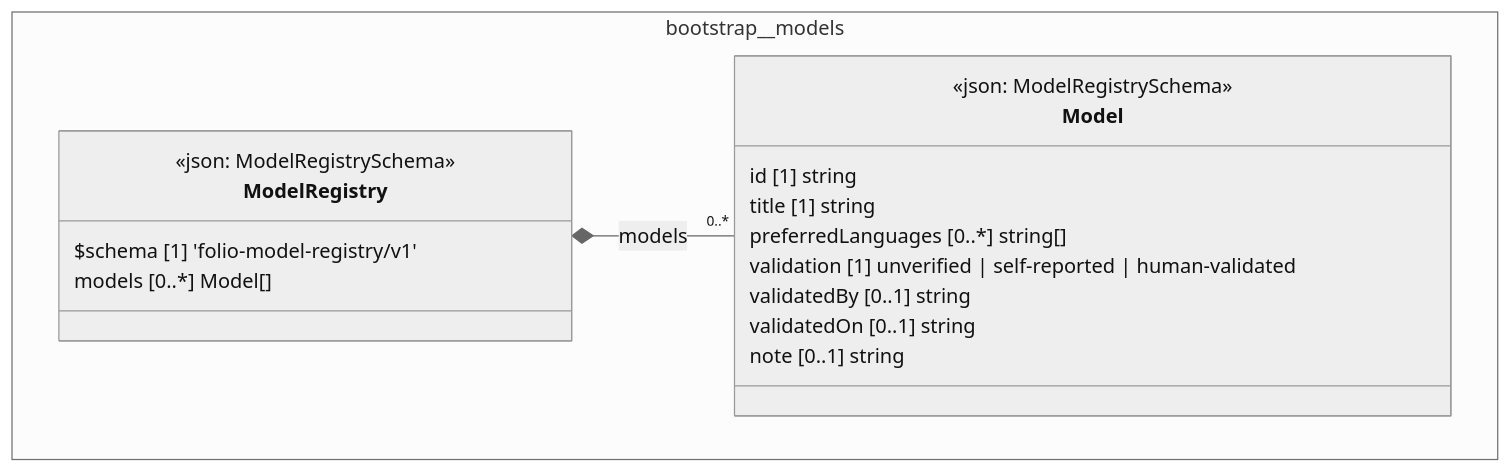
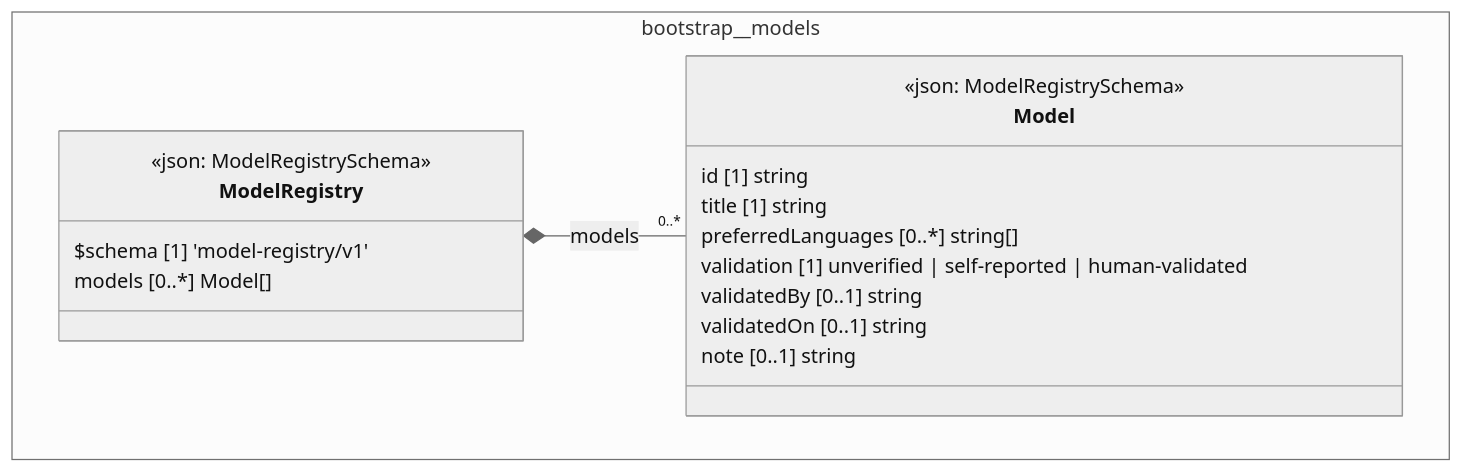
The diagram in cat-harness/docs/uml/overview/bootstrap/models.md (litlfred/folio-assistant), drawn with Mermaid (neutral theme) before and after one commit. The commit also changed 56 other files, not shown here.

First line of the commit message:
Regenerate what group D moved: UML overview (bootstrap has no qa graph), glossary, schema page, READMEs, .pot templates, handler index

````diff
--- a/cat-harness/docs/uml/overview/bootstrap/models.md
+++ b/cat-harness/docs/uml/overview/bootstrap/models.md
@@ -42,24 +42,24 @@
 ```mermaid
 classDiagram
   direction TB
   namespace bootstrap__models {
     class bootstrap_models_Model["Model"] {
       <<json: ModelRegistrySchema>>
       id [1] string
       title [1] string
       preferredLanguages [0..*] string[]
       validation [1] unverified | self-reported | human-validated
       validatedBy [0..1] string
       validatedOn [0..1] string
       note [0..1] string
     }
     class bootstrap_models_ModelRegistry["ModelRegistry"] {
       <<json: ModelRegistrySchema>>
-      $schema [1] 'folio-model-registry/v1'
+      $schema [1] 'model-registry/v1'
       models [0..*] Model[]
     }
   }
   bootstrap_models_ModelRegistry *-- "0..*" bootstrap_models_Model : models
   cssClass "bootstrap_models_Model" fa_uml_kind_models
   cssClass "bootstrap_models_ModelRegistry" fa_uml_kind_models
 ```
````
